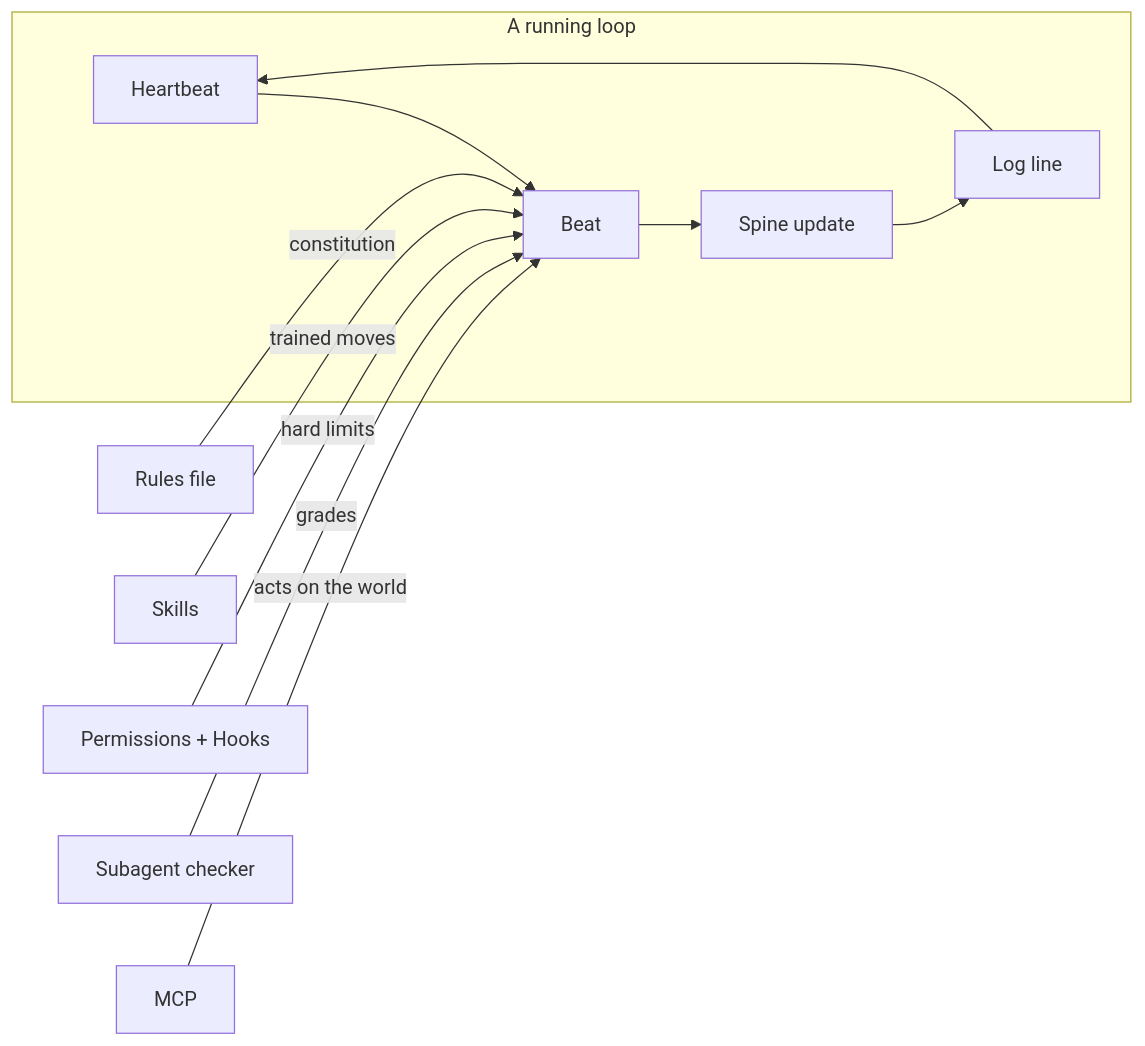
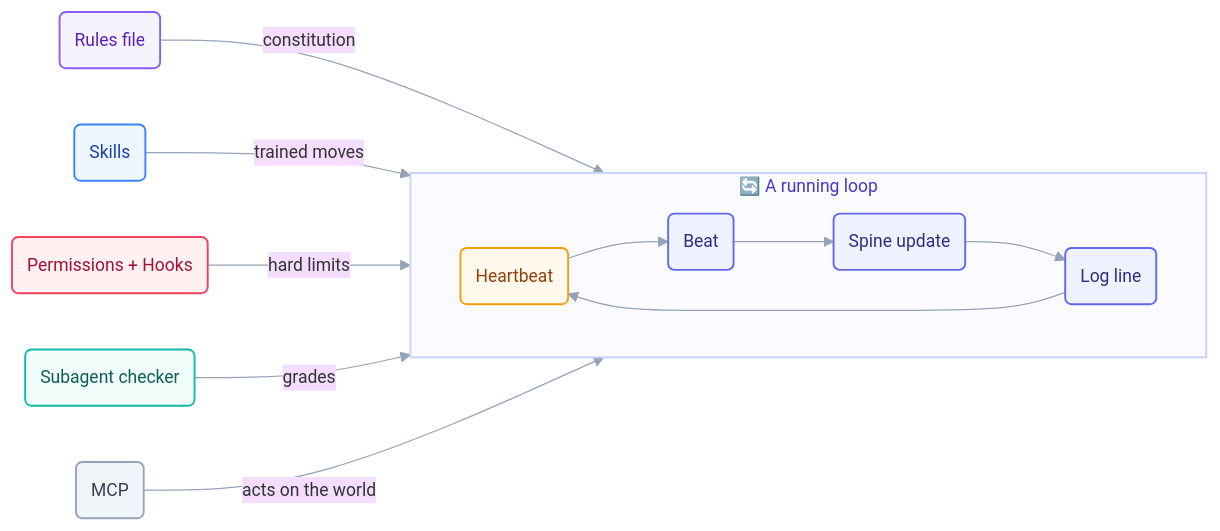
The diagram in docs/00-foundations/primitives.md (ayeshakhalid192007-dev/LoopEngineering-CrashCourse), drawn with Mermaid before and after one commit. The commit also changed 14 other files, not shown here.

First line of the commit message:
Polish Day 1 mermaid diagrams; log the checker/link-check re-run

````diff
--- a/docs/00-foundations/primitives.md
+++ b/docs/00-foundations/primitives.md
@@ -30,12 +30,22 @@
 ```mermaid
+%%{init: {'theme':'base','themeVariables':{'fontFamily':'ui-sans-serif, system-ui, sans-serif','fontSize':'14px','lineColor':'#94a3b8'},'flowchart':{'curve':'basis','nodeSpacing':45,'rankSpacing':55,'padding':12}}}%%
 flowchart LR
-    subgraph LOOP ["A running loop"]
-      HB[Heartbeat] --> B[Beat]
-      B --> SP[Spine update] --> LOG[Log line] --> HB
+    subgraph LOOP ["🔄  A running loop"]
+      direction LR
+      HB("Heartbeat"):::time --> B("Beat"):::beat
+      B --> SP("Spine update"):::beat --> LOG("Log line"):::beat --> HB
     end
-    RF[Rules file] -->|constitution| B
-    SK[Skills] -->|trained moves| B
-    PERM[Permissions + Hooks] -->|hard limits| B
-    SUB[Subagent checker] -->|grades| B
-    M[MCP] -->|acts on the world| B
+    RF("Rules file"):::cfg -->|constitution| B
+    SK("Skills"):::skill -->|trained moves| B
+    PERM("Permissions + Hooks"):::limit -->|hard limits| B
+    SUB("Subagent checker"):::check -->|grades| B
+    M("MCP"):::reach -->|acts on the world| B
+    classDef time fill:#fef9ec,stroke:#f59e0b,stroke-width:1.5px,color:#92400e;
+    classDef beat fill:#eef2ff,stroke:#6366f1,stroke-width:1.5px,color:#312e81;
+    classDef cfg fill:#f5f3ff,stroke:#8b5cf6,stroke-width:1.5px,color:#5b21b6;
+    classDef skill fill:#eef6ff,stroke:#3b82f6,stroke-width:1.5px,color:#1e40af;
+    classDef limit fill:#fff1f2,stroke:#f43f5e,stroke-width:1.5px,color:#9f1239;
+    classDef check fill:#effcf9,stroke:#14b8a6,stroke-width:1.5px,color:#115e59;
+    classDef reach fill:#f1f5f9,stroke:#94a3b8,stroke-width:1.5px,color:#334155;
+    style LOOP fill:#fbfbff,stroke:#c7d2fe,stroke-width:1.5px,color:#4338ca;
 ```
````
